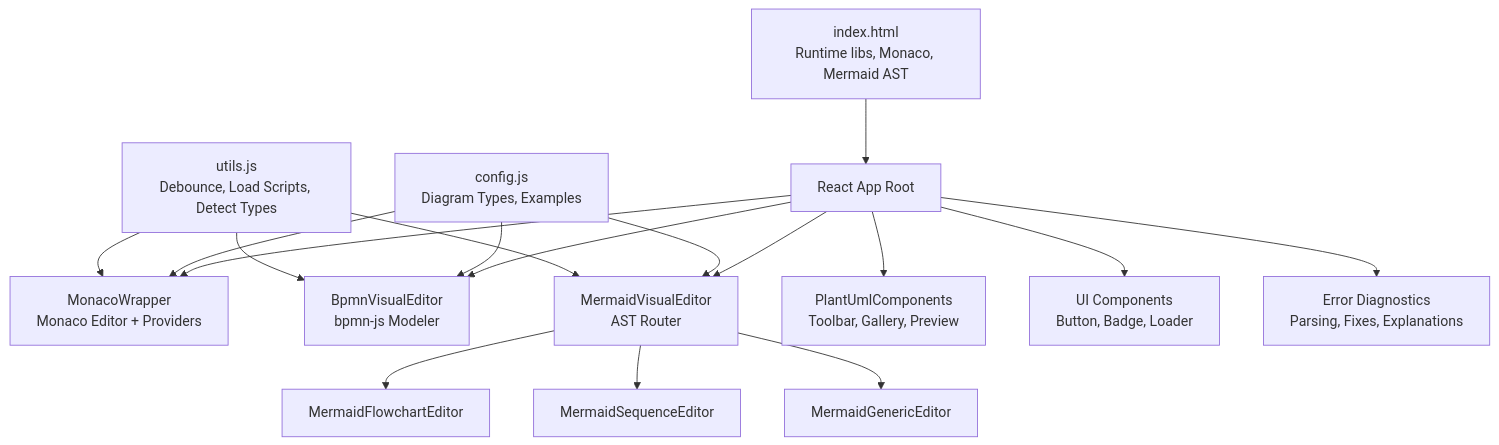
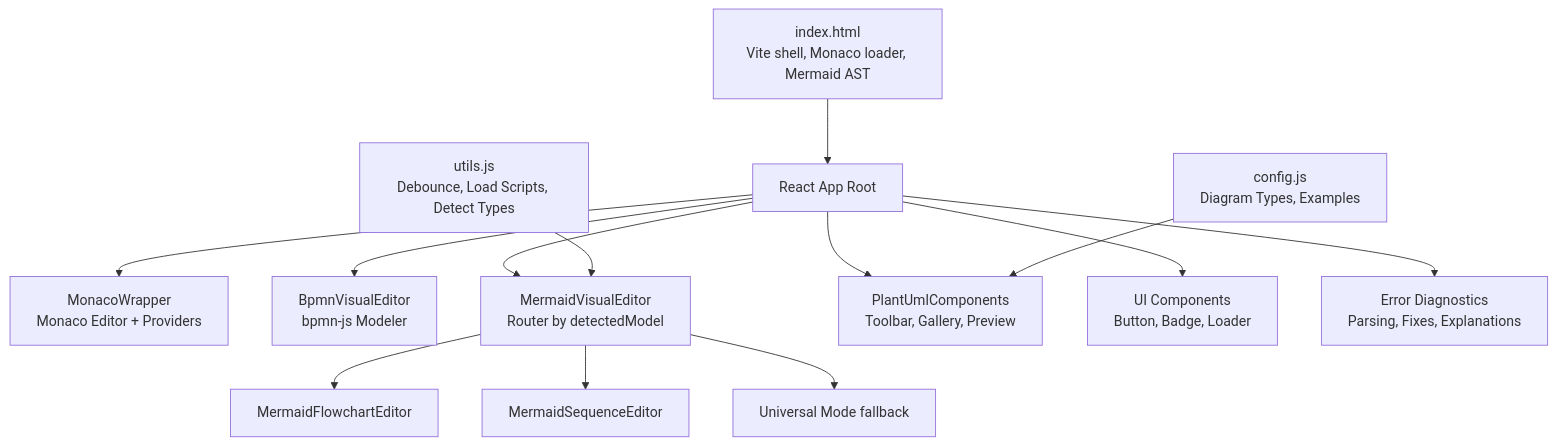
The first of 9 diagrams in .qoder/repowiki/en/content/Editor Architecture/Editor Architecture.md (ongchonghian/universal-diagram-editor), drawn with Mermaid before and after one commit. The commit also changed other lines of this file and 31 other files, not shown here.

````diff
--- a/.qoder/repowiki/en/content/Editor Architecture/Editor Architecture.md
+++ b/.qoder/repowiki/en/content/Editor Architecture/Editor Architecture.md
@@ -49,19 +48,15 @@
 ```mermaid
 graph TB
-A["index.html<br/>Runtime libs, Monaco, Mermaid AST"] --> B["React App Root"]
+A["index.html<br/>Vite shell, Monaco loader, Mermaid AST"] --> B["React App Root"]
 B --> C["MonacoWrapper<br/>Monaco Editor + Providers"]
 B --> D["BpmnVisualEditor<br/>bpmn-js Modeler"]
-B --> E["MermaidVisualEditor<br/>AST Router"]
+B --> E["MermaidVisualEditor<br/>Router by detectedModel"]
 E --> E1["MermaidFlowchartEditor"]
 E --> E2["MermaidSequenceEditor"]
-E --> E3["MermaidGenericEditor"]
+E --> E3["Universal Mode fallback"]
 B --> F["PlantUmlComponents<br/>Toolbar, Gallery, Preview"]
 B --> G["UI Components<br/>Button, Badge, Loader"]
 B --> H["Error Diagnostics<br/>Parsing, Fixes, Explanations"]
-I["config.js<br/>Diagram Types, Examples"] --> C
-I --> D
-I --> E
-J["utils.js<br/>Debounce, Load Scripts, Detect Types"] --> C
-J --> D
-J --> E
+I["config.js<br/>Diagram Types, Examples"] --> F
+J["utils.js<br/>Debounce, Load Scripts, Detect Types"] --> E
 ```
````
